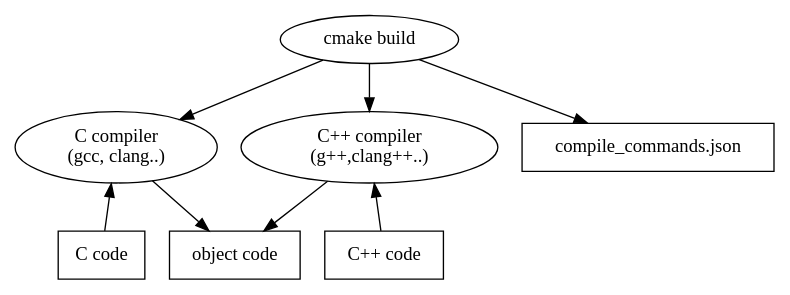
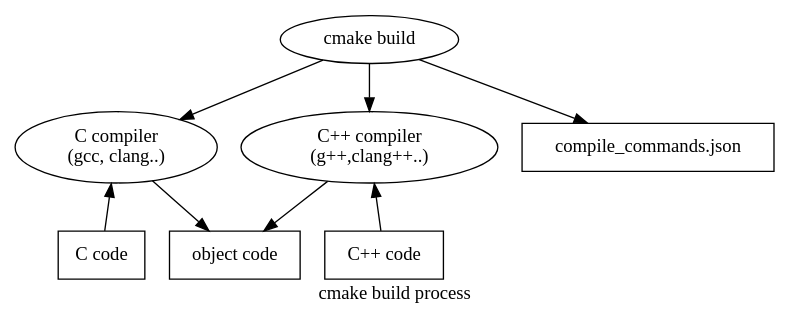
One commit to hbalp/callers changed the fifth of 8 diagrams in doc/callers.org. Above: the diagram before and after it, drawn with Graphviz. The commit also changed other lines of this file, not shown here.

```diff
--- a/doc/callers.org
+++ b/doc/callers.org
@@ -442,30 +473,34 @@
     #+BEGIN_SRC dot :tangle build.cmake.gen.dot
 digraph "cmake build" 
 {
+// title
+labelloc="b"
+label="cmake build process"
+
 // compilation
 "object code" [ shape="box" ]
 
 // c compilation
 "c code" [ label="C code", shape="box" ]
 "c compiler" [ label="C compiler\n(gcc, clang..)" ]
 "c compiler" -> "c code" [ dir=back ]
 "c compiler" -> "object code"
 
 // c++ compilation
 "cpp code" [ label="C++ code", shape="box" ]
 "cpp compiler" [ label="C++ compiler\n(g++,clang++..)" ]
 "cpp compiler" -> "cpp code" [ dir=back ]
 "cpp compiler" -> "object code"
 
 // cmake build
 "compile_commands" [ label="compile_commands.json", shape=box ]
 "cmake build" -> "cpp compiler"
 "cmake build" -> "c compiler"
 "cmake build" -> "compile_commands"
 }
 
 // Local Variables:
 // compile-command: "dot -Tpng build.cmake.gen.dot > build.cmake.gen.png"
 // End:
  
    #+END_SRC
```
